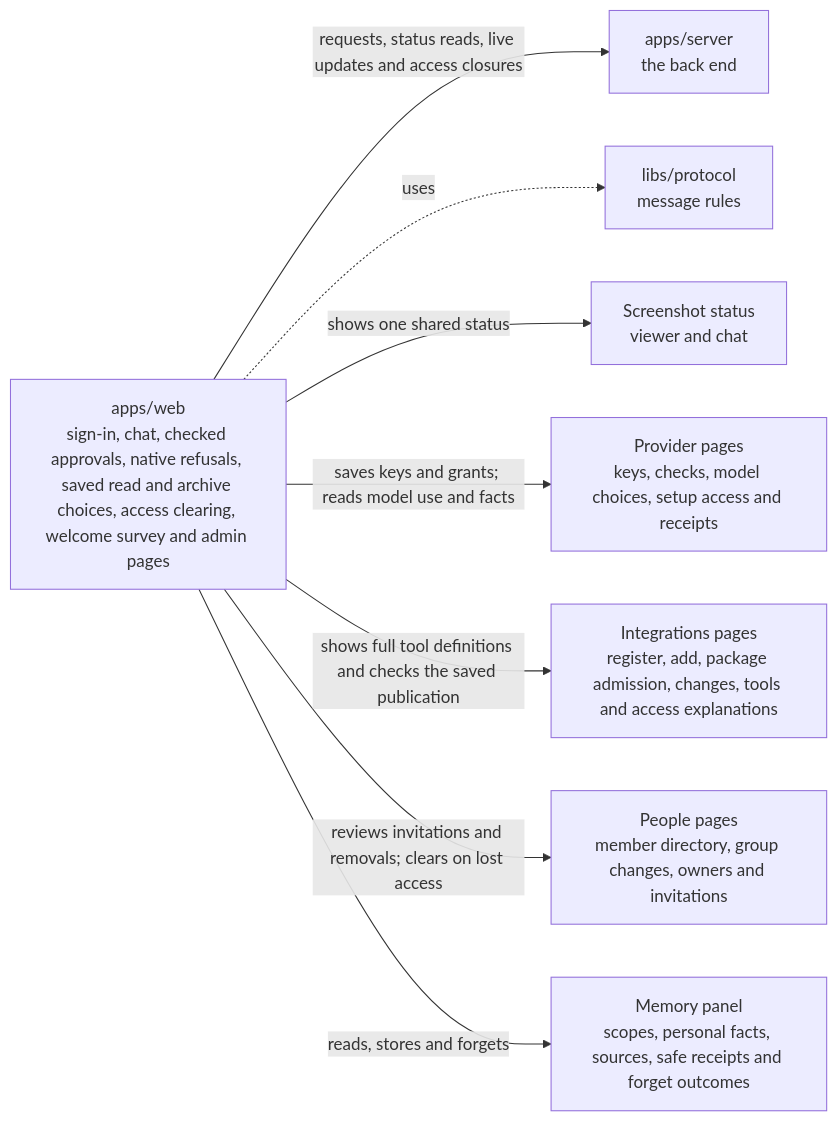
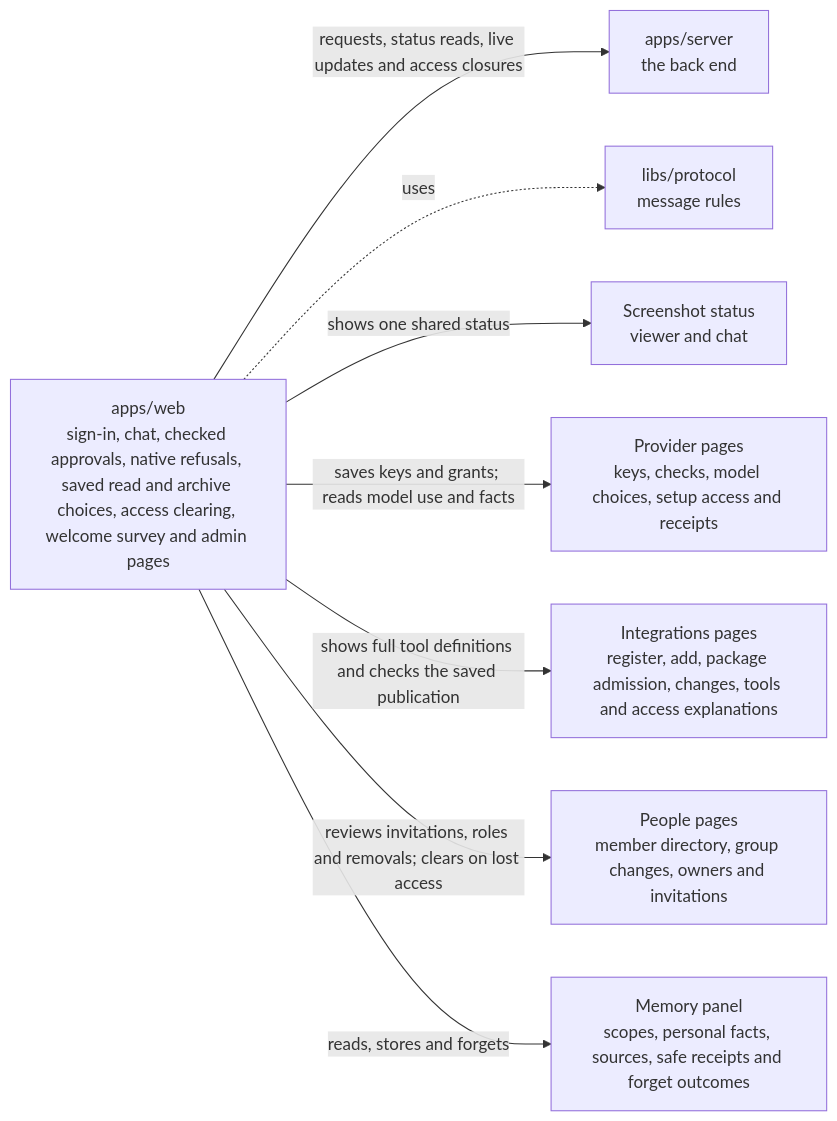
The diagram in apps/web/README.md (elewa-git/opencrane-new), drawn with Mermaid before and after one commit. The commit also changed other lines of this file and 29 other files, not shown here.

````diff
--- a/apps/web/README.md
+++ b/apps/web/README.md
@@ -11,10 +11,10 @@
 ```mermaid
 flowchart LR
   web["apps/web<br/>sign-in, chat, checked approvals, native refusals, saved read and archive choices, access clearing, welcome survey and admin pages"] -->|requests, status reads, live updates and access closures| server["apps/server<br/>the back end"]
   web -.->|uses| protocol["libs/protocol<br/>message rules"]
   web -->|shows one shared status| capture["Screenshot status<br/>viewer and chat"]
   web -->|saves keys and grants; reads model use and facts| providers["Provider pages<br/>keys, checks, model choices, setup access and receipts"]
   web -->|shows full tool definitions and checks the saved publication| integrations["Integrations pages<br/>register, add, package admission, changes, tools and access explanations"]
-  web -->|reviews invitations and removals; clears on lost access| people["People pages<br/>member directory, group changes, owners and invitations"]
+  web -->|reviews invitations, roles and removals; clears on lost access| people["People pages<br/>member directory, group changes, owners and invitations"]
   web -->|reads, stores and forgets| memory["Memory panel<br/>scopes, personal facts, sources, safe receipts and forget outcomes"]
 ```
````
